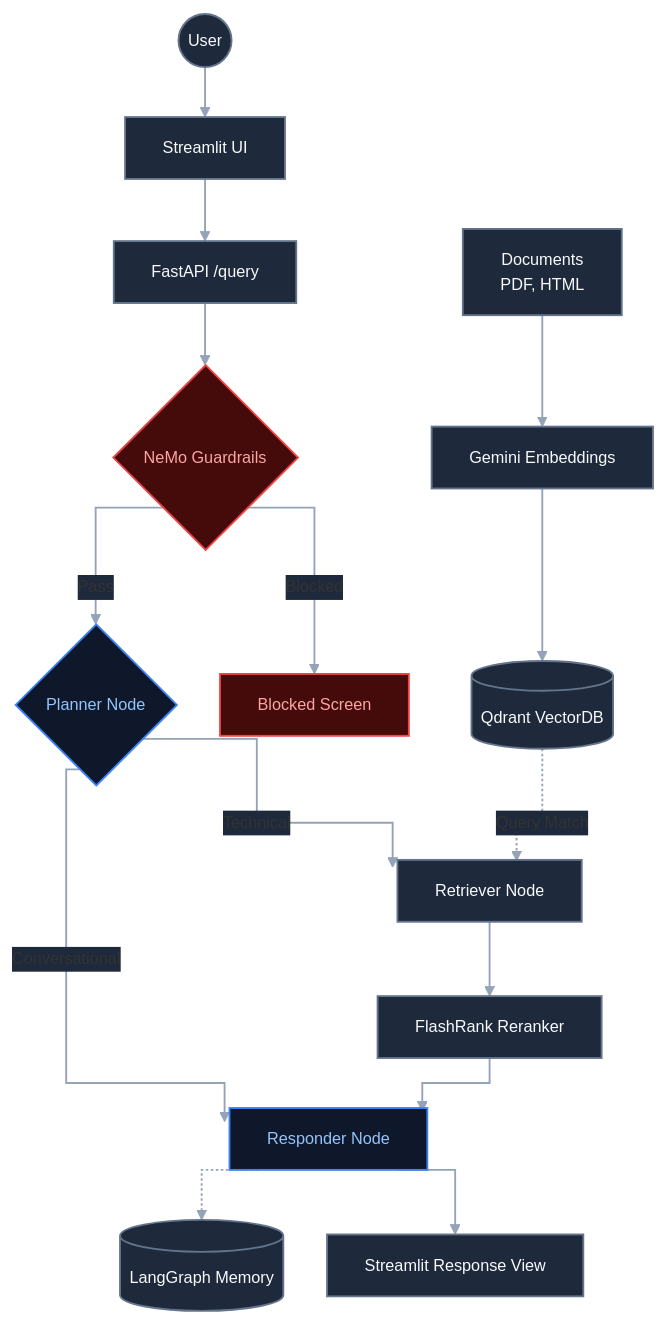
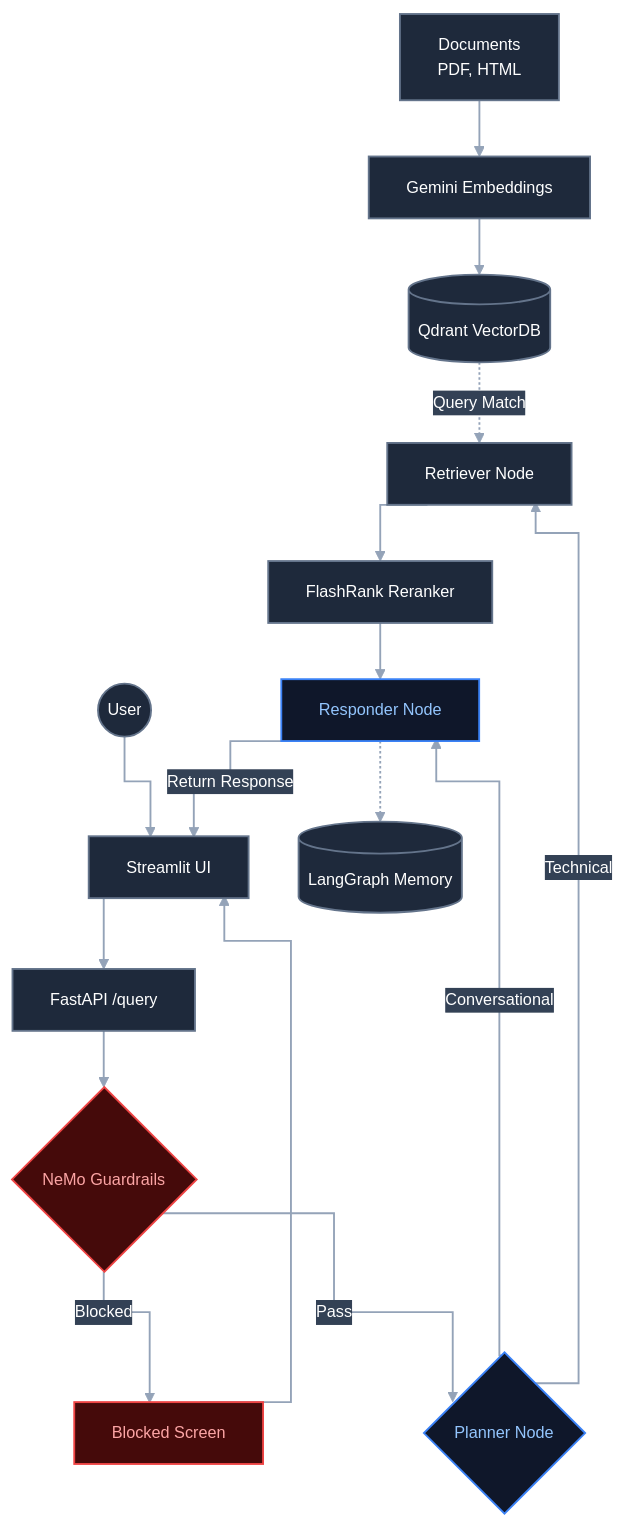
One commit to poojith123/Enterprise-technical-support-Agentic-RAG-chatbot changed the diagram in README.md. Above: the diagram before and after it, drawn with Mermaid.

Commit message:
Updated architecture diagram 2

````diff
--- a/README.md
+++ b/README.md
@@ -7,50 +7,52 @@
 ```mermaid
 %%{init: {
   'theme': 'base',
   'themeVariables': {
     'fontSize': '13px',
+    'primaryTextColor': '#FFFFFF',
+    'textColor': '#FFFFFF',
     'lineColor': '#94A3B8',
-    'edgeLabelBackground': '#1E293B',
-    'textColor': '#E2E8F0'
+    'edgeLabelBackground': '#334155'
   },
   'flowchart': {
     'curve': 'stepAfter',
-    'nodeSpacing': 35,
-    'rankSpacing': 40
+    'nodeSpacing': 40,
+    'rankSpacing': 45
   }
 }}%%
 graph TD
-    %% 3-Color High-Contrast Palette
-    classDef default fill:#1E293B,stroke:#64748B,stroke-width:1.5px,color:#F8FAFC;
+    %% Explicit Edge Label CSS Overrides for GitHub Dark Mode
+    classDef default fill:#1E293B,stroke:#64748B,stroke-width:1.5px,color:#FFFFFF;
     classDef core fill:#0F172A,stroke:#3B82F6,stroke-width:1.5px,color:#93C5FD;
     classDef alert fill:#450A0A,stroke:#EF4444,stroke-width:1.5px,color:#FCA5A5;
 
-    %% Global Line Styling (Bright Slate for dark backgrounds)
+    %% Global Edge styling
     linkStyle default stroke:#94A3B8,stroke-width:1.5px;
 
-    %% Ingestion Pipeline (Feeds Qdrant)
+    %% Ingestion Pipeline
     Docs[Documents<br/>PDF, HTML]:::default --> Embed[Gemini Embeddings]:::default
     Embed --> DB[(Qdrant VectorDB)]:::default
 
     %% User Request Flow
     User((User)):::default --> UI[Streamlit UI]:::default
     UI --> API[FastAPI /query]:::default
     API --> Guard{NeMo Guardrails}:::alert
 
     %% Guardrail Decisions
     Guard -->|Blocked| BlockedMsg[Blocked Screen]:::alert
+    BlockedMsg --> UI
     Guard -->|Pass| Planner{Planner Node}:::core
 
     %% Planner Routing
     Planner -->|Conversational| Responder[Responder Node]:::core
     Planner -->|Technical| Retriever[Retriever Node]:::default
 
     %% Retrieval & Reranking
     DB -.->|Query Match| Retriever
     Retriever --> Reranker[FlashRank Reranker]:::default
     Reranker --> Responder
 
-    %% Response Delivery & State
+    %% Response Delivery & Memory
     Responder -.-> Memory[(LangGraph Memory)]:::default
-    Responder --> Out[Streamlit Response View]:::default
+    Responder -->|Return Response| UI
 ```
````
